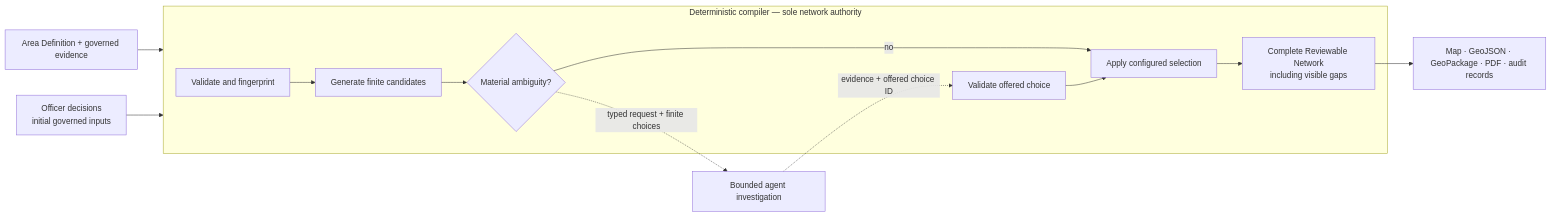
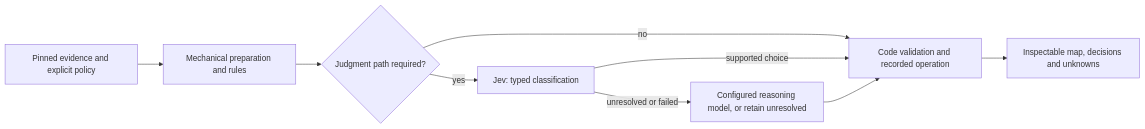
Before and after one commit to awjreynolds/agentic-satn-compiler: the diagram in README.md, drawn with Mermaid. The commit also changed other lines of this file and 23 other files, not shown here.

First line of the commit message:
Document current native compiler, mechanical rules and AI decisions (#635)

````diff
--- a/README.md
+++ b/README.md
@@ -54,17 +38,11 @@
 ```mermaid
 flowchart LR
-    inputs["Area Definition + governed evidence"] --> compiler
-    officer["Officer decisions\ninitial governed inputs"] --> compiler
-
-    subgraph compiler["Deterministic compiler — sole network authority"]
-        snapshot["Validate and fingerprint"] --> candidates["Generate finite candidates"]
-        candidates --> decide{"Material ambiguity?"}
-        decide -- no --> select["Apply configured selection"]
-        validate["Validate offered choice"] --> select
-        select --> reviewable["Complete Reviewable Network\nincluding visible gaps"]
-    end
-
-    decide -. "typed request + finite choices" .-> agent["Bounded agent investigation"]
-    agent -. "evidence + offered choice ID" .-> validate
-    reviewable --> outputs["Map · GeoJSON · GeoPackage · PDF · audit records"]
+    inputs["Pinned evidence and explicit policy"] --> code["Mechanical preparation and rules"]
+    code --> choice{"Judgment path required?"}
+    choice -- no --> validate["Code validation and recorded operation"]
+    choice -- yes --> jev["Jev: typed classification"]
+    jev -- supported choice --> validate
+    jev -- unresolved or failed --> specialist["Configured reasoning model, or retain unresolved"]
+    specialist --> validate
+    validate --> output["Inspectable map, decisions and unknowns"]
 ```
````
